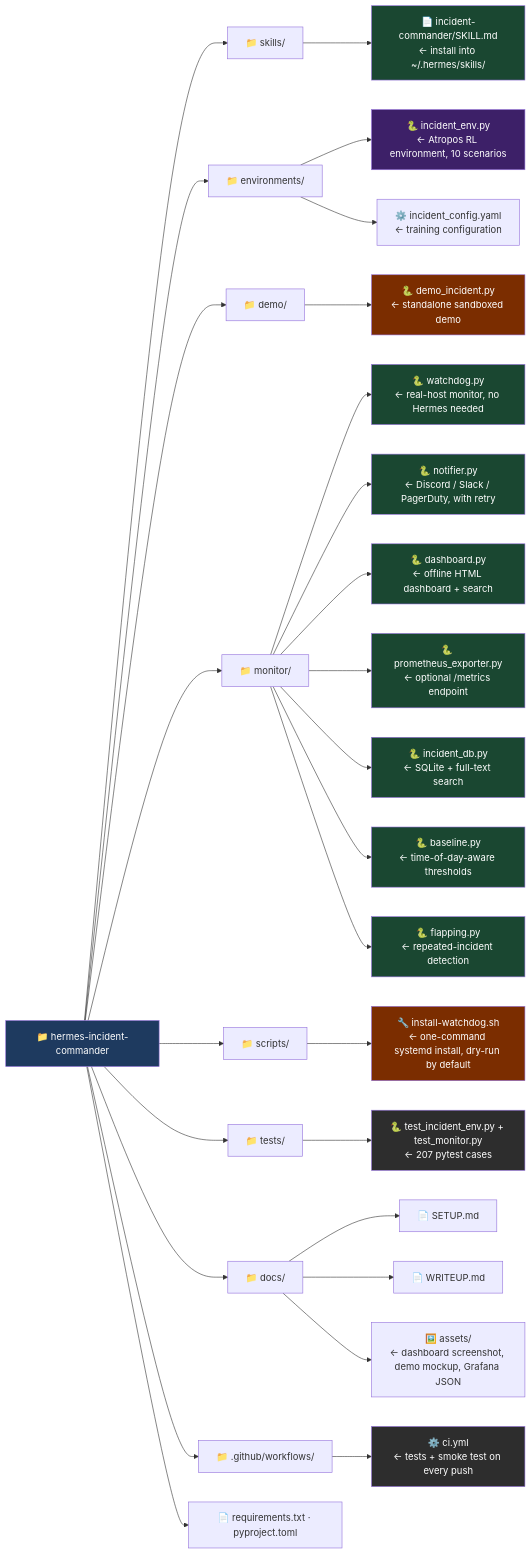
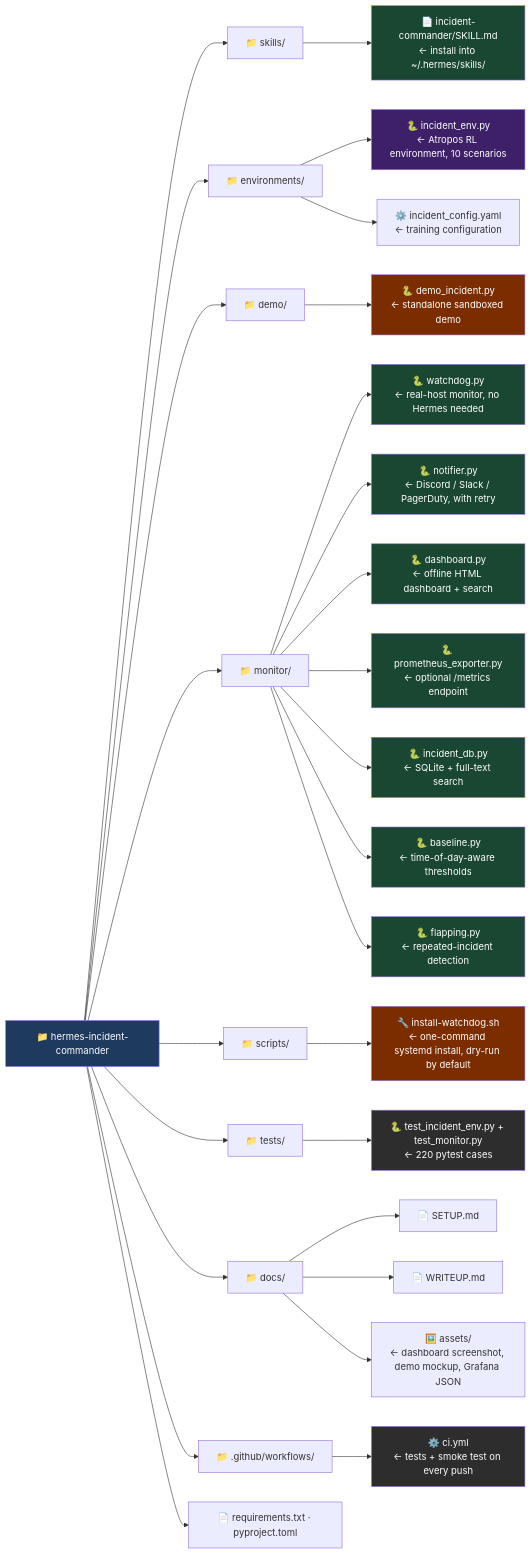
One commit to Lethe044/hermes-incident-commander changed the second of 3 diagrams in README.md. Above: the diagram before and after it, drawn with Mermaid. The commit also changed other lines of this file and 9 other files, not shown here.

````diff
--- a/README.md
+++ b/README.md
@@ -396,54 +420,54 @@
 ```mermaid
 graph LR
     ROOT["📁 hermes-incident-commander"]
 
     ROOT --> SKILLS["📁 skills/"]
     ROOT --> ENVS["📁 environments/"]
     ROOT --> DEMO["📁 demo/"]
     ROOT --> MON["📁 monitor/"]
     ROOT --> SCRIPTS["📁 scripts/"]
     ROOT --> TESTS["📁 tests/"]
     ROOT --> DOCS["📁 docs/"]
     ROOT --> CI["📁 .github/workflows/"]
     ROOT --> REQ["📄 requirements.txt · pyproject.toml"]
 
     SKILLS --> SKILL_MD["📄 incident-commander/SKILL.md<br/>← install into ~/.hermes/skills/"]
 
     ENVS --> ENV_PY["🐍 incident_env.py<br/>← Atropos RL environment, 10 scenarios"]
     ENVS --> ENV_CFG["⚙️ incident_config.yaml<br/>← training configuration"]
 
     DEMO --> DEMO_PY["🐍 demo_incident.py<br/>← standalone sandboxed demo"]
 
     MON --> WATCHDOG["🐍 watchdog.py<br/>← real-host monitor, no Hermes needed"]
     MON --> NOTIFY["🐍 notifier.py<br/>← Discord / Slack / PagerDuty, with retry"]
     MON --> DASH["🐍 dashboard.py<br/>← offline HTML dashboard + search"]
     MON --> PROM["🐍 prometheus_exporter.py<br/>← optional /metrics endpoint"]
     MON --> IDB["🐍 incident_db.py<br/>← SQLite + full-text search"]
     MON --> BASE["🐍 baseline.py<br/>← time-of-day-aware thresholds"]
     MON --> FLAP["🐍 flapping.py<br/>← repeated-incident detection"]
 
     SCRIPTS --> INSTALL["🔧 install-watchdog.sh<br/>← one-command systemd install, dry-run by default"]
 
-    TESTS --> TEST_PY["🐍 test_incident_env.py + test_monitor.py<br/>← 207 pytest cases"]
+    TESTS --> TEST_PY["🐍 test_incident_env.py + test_monitor.py<br/>← 220 pytest cases"]
 
     DOCS --> SETUP["📄 SETUP.md"]
     DOCS --> WRITEUP["📄 WRITEUP.md"]
     DOCS --> ASSETS["🖼️ assets/<br/>← dashboard screenshot, demo mockup, Grafana JSON"]
 
     CI --> CIWORKFLOW["⚙️ ci.yml<br/>← tests + smoke test on every push"]
 
     style ROOT fill:#1e3a5f,color:#fff
     style SKILL_MD fill:#1a4731,color:#fff
     style ENV_PY fill:#3d2068,color:#fff
     style DEMO_PY fill:#7b2d00,color:#fff
     style TEST_PY fill:#2d2d2d,color:#fff
     style WATCHDOG fill:#1a4731,color:#fff
     style NOTIFY fill:#1a4731,color:#fff
     style DASH fill:#1a4731,color:#fff
     style PROM fill:#1a4731,color:#fff
     style IDB fill:#1a4731,color:#fff
     style BASE fill:#1a4731,color:#fff
     style FLAP fill:#1a4731,color:#fff
     style INSTALL fill:#7b2d00,color:#fff
     style CIWORKFLOW fill:#2d2d2d,color:#fff
 ```
````
